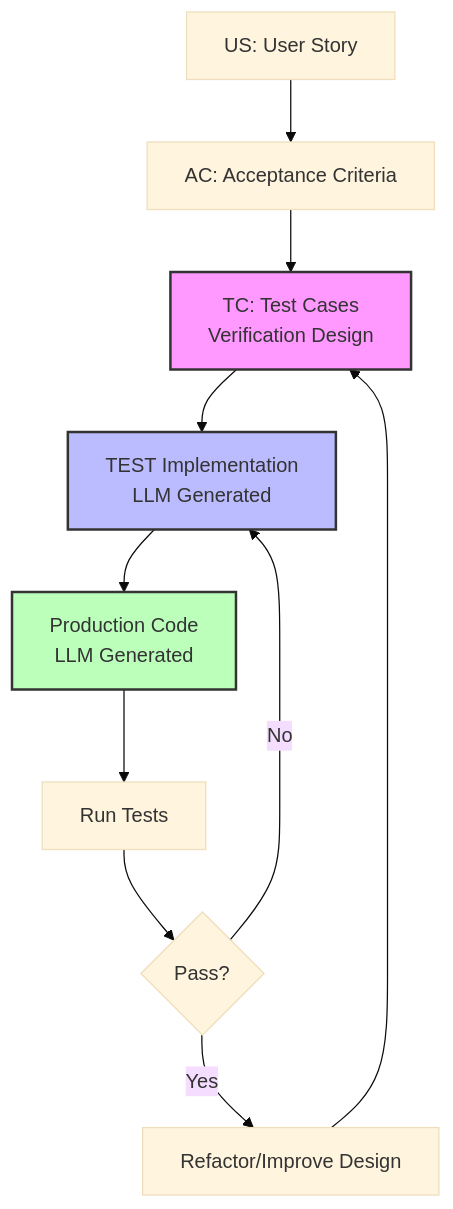
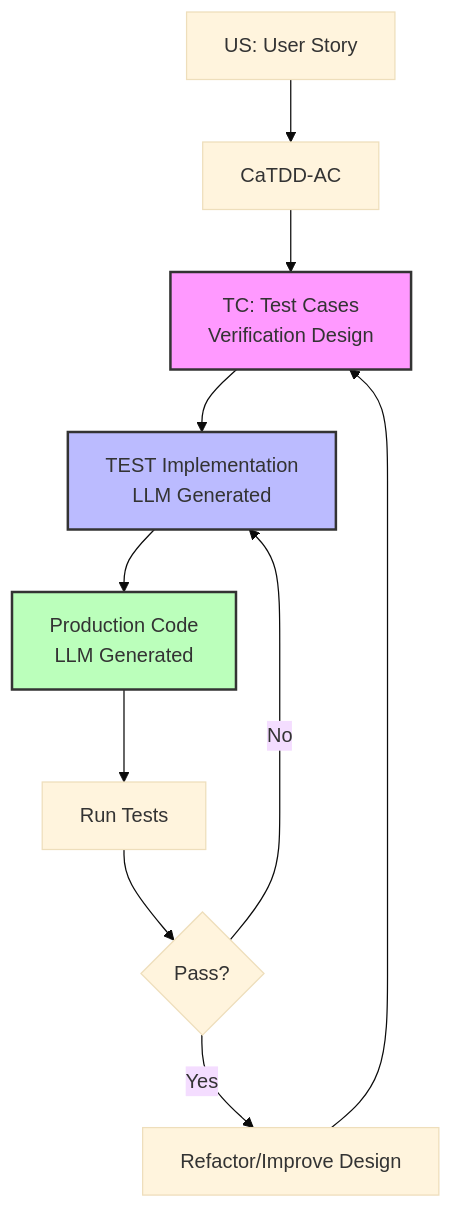
One commit to EnigmaWU/MyCaTDD changed the first of 4 diagrams in README_UserGuide.md. Above: the diagram before and after it, drawn with Mermaid (base theme). The commit also changed other lines of this file and 54 other files, not shown here.

````diff
--- a/README_UserGuide.md
+++ b/README_UserGuide.md
@@ -21,16 +21,16 @@
 ```mermaid
 graph TD
-    A[US: User Story] --> B[AC: Acceptance Criteria]
+    A[US: User Story] --> B[CaTDD-AC]
     B --> C[TC: Test Cases<br/>Verification Design]
     C --> D[TEST Implementation<br/>LLM Generated]
     D --> E[Production Code<br/>LLM Generated]
     E --> F[Run Tests]
     F --> G{Pass?}
     G -->|Yes| H[Refactor/Improve Design]
     G -->|No| D
     H --> C
     
     style C fill:#f9f,stroke:#333,stroke-width:2px
     style D fill:#bbf,stroke:#333,stroke-width:2px
     style E fill:#bfb,stroke:#333,stroke-width:2px
 ```
````
